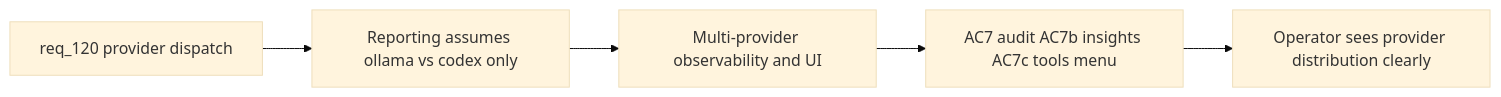
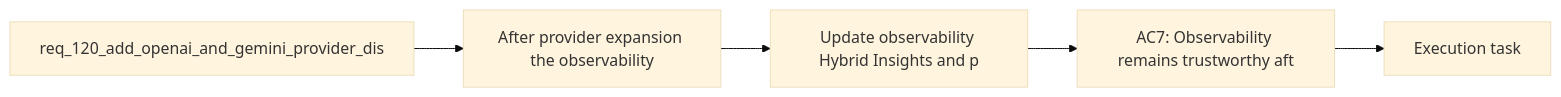
Before and after one commit to AlexAgo83/logics-manager: the diagram in logics/backlog/item_216_update_observability_hybrid_insights_and_plugin_tools_surface_for_multi_provider_dispatch.md, drawn with Mermaid (base theme). The commit also changed 481 other files, not shown here.

````diff
--- a/logics/backlog/item_216_update_observability_hybrid_insights_and_plugin_tools_surface_for_multi_provider_dispatch.md
+++ b/logics/backlog/item_216_update_observability_hybrid_insights_and_plugin_tools_surface_for_multi_provider_dispatch.md
@@ -21,9 +21,9 @@
 ```mermaid
 %% logics-kind: backlog
 %% logics-signature: backlog|update-observability-hybrid-insights-and|req-120-add-openai-and-gemini-provider-d|after-provider-expansion-the-observabili|ac7-observability-remains-trustworthy-af
 flowchart LR
-    Request[req_120 provider dispatch] --> Problem[Reporting assumes ollama vs codex only]
-    Problem --> Scope[Multi-provider observability and UI]
-    Scope --> AC[AC7 audit AC7b insights AC7c tools menu]
-    AC --> Clear[Operator sees provider distribution clearly]
+    Request[req_120_add_openai_and_gemini_provider_dis] --> Problem[After provider expansion the observability]
+    Problem --> Scope[Update observability Hybrid Insights and p]
+    Scope --> Acceptance[AC7: Observability remains trustworthy aft]
+    Acceptance --> Tasks[Execution task]
 ```
````
